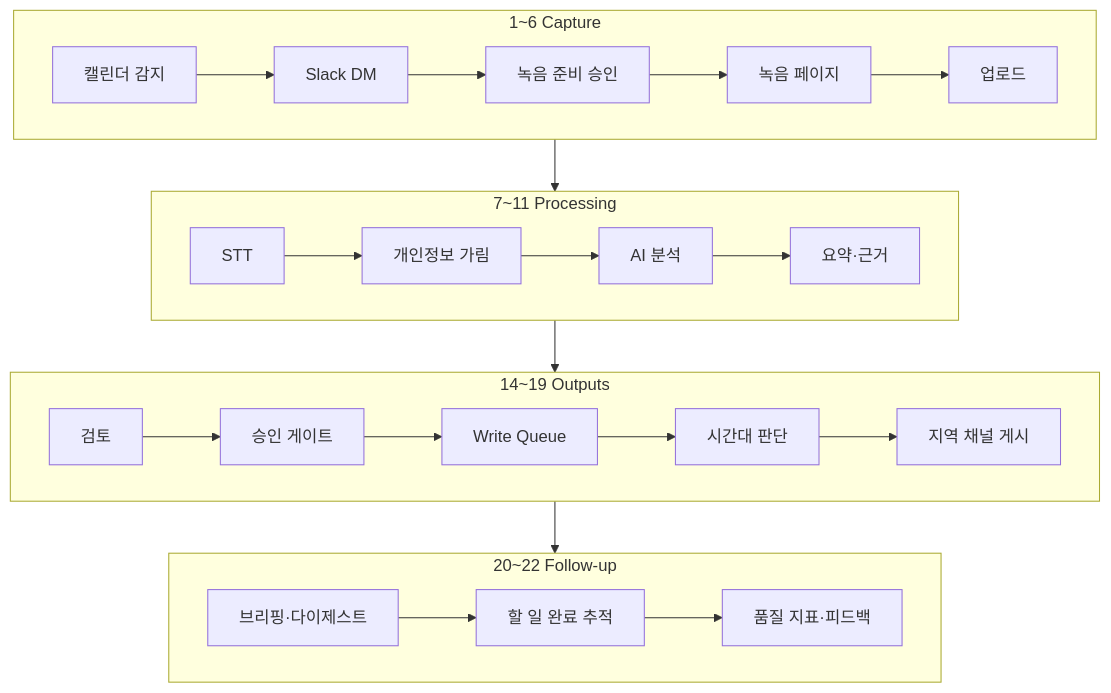
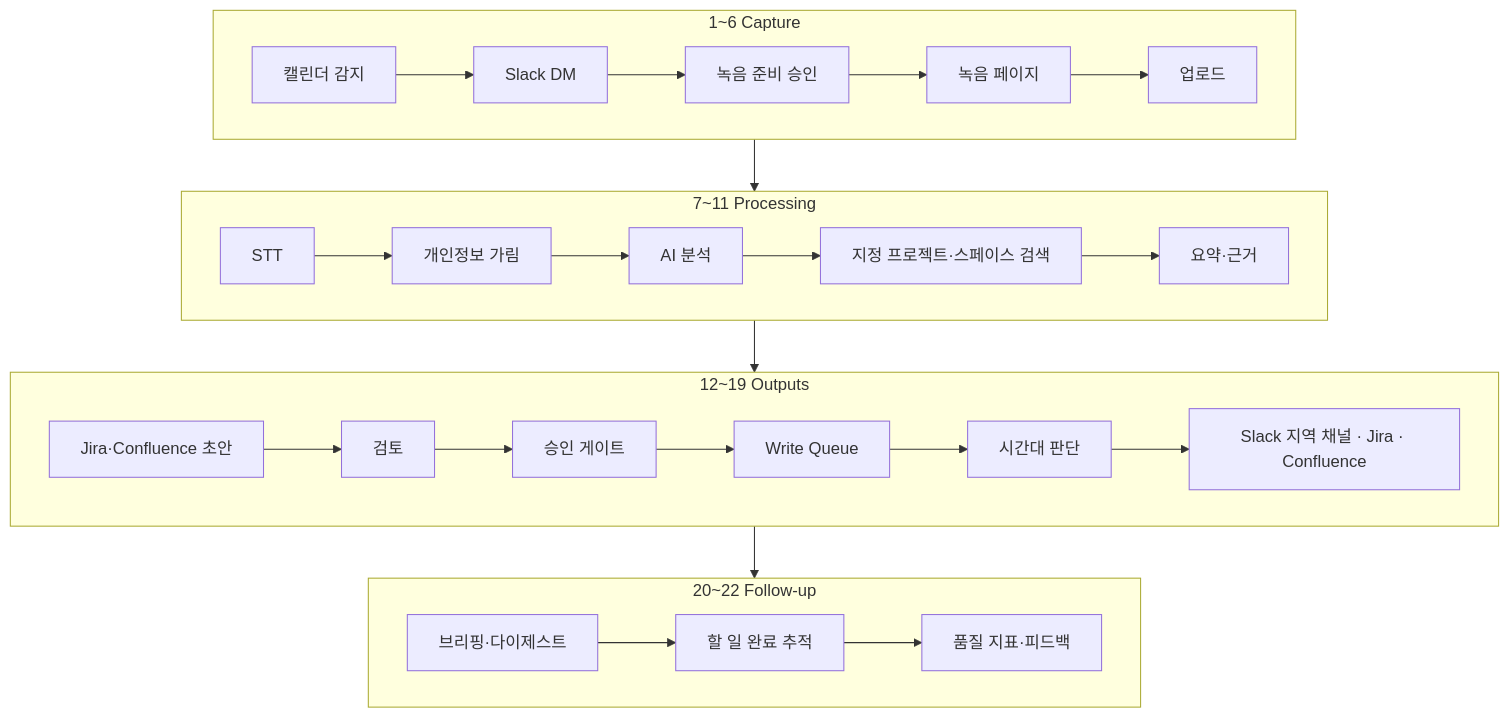
Before and after one commit to UnderCruzer/meeting-automation: the diagram in README.md, drawn with Mermaid. The commit also changed other lines of this file and 4 other files, not shown here.

First line of the commit message:
docs(#82): Jira·Confluence 연결 안내(무료 Atlassian 기준)와 환경변수·Render 설정

````diff
--- a/README.md
+++ b/README.md
@@ -43,20 +43,20 @@
 ```mermaid
 flowchart TB
   subgraph C["1~6 Capture"]
     direction LR
     c1[캘린더 감지] --> c2[Slack DM] --> c3[녹음 준비 승인] --> c4[녹음 페이지] --> c6[업로드]
   end
   subgraph P["7~11 Processing"]
     direction LR
-    p7[STT] --> p8[개인정보 가림] --> p9[AI 분석] --> p11[요약·근거]
+    p7[STT] --> p8[개인정보 가림] --> p9[AI 분석] --> p10[지정 프로젝트·스페이스 검색] --> p11[요약·근거]
   end
-  subgraph O["14~19 Outputs"]
+  subgraph O["12~19 Outputs"]
     direction LR
-    o15[검토] --> o16[승인 게이트] --> o17[Write Queue] --> o18[시간대 판단] --> o19[지역 채널 게시]
+    o12[Jira·Confluence 초안] --> o15[검토] --> o16[승인 게이트] --> o17[Write Queue] --> o18[시간대 판단] --> o19[Slack 지역 채널 · Jira · Confluence]
   end
   subgraph F["20~22 Follow-up"]
     direction LR
     f20[브리핑·다이제스트] --> f21[할 일 완료 추적] --> f22[품질 지표·피드백]
   end
   C --> P --> O --> F
 ```
````
